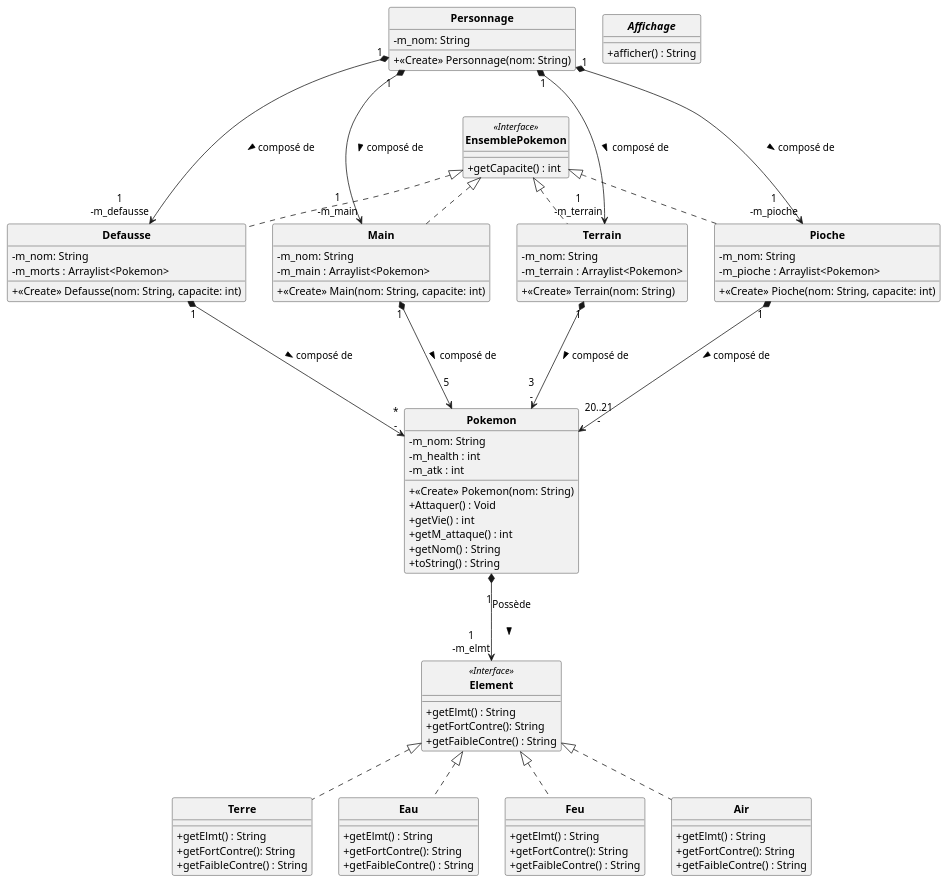
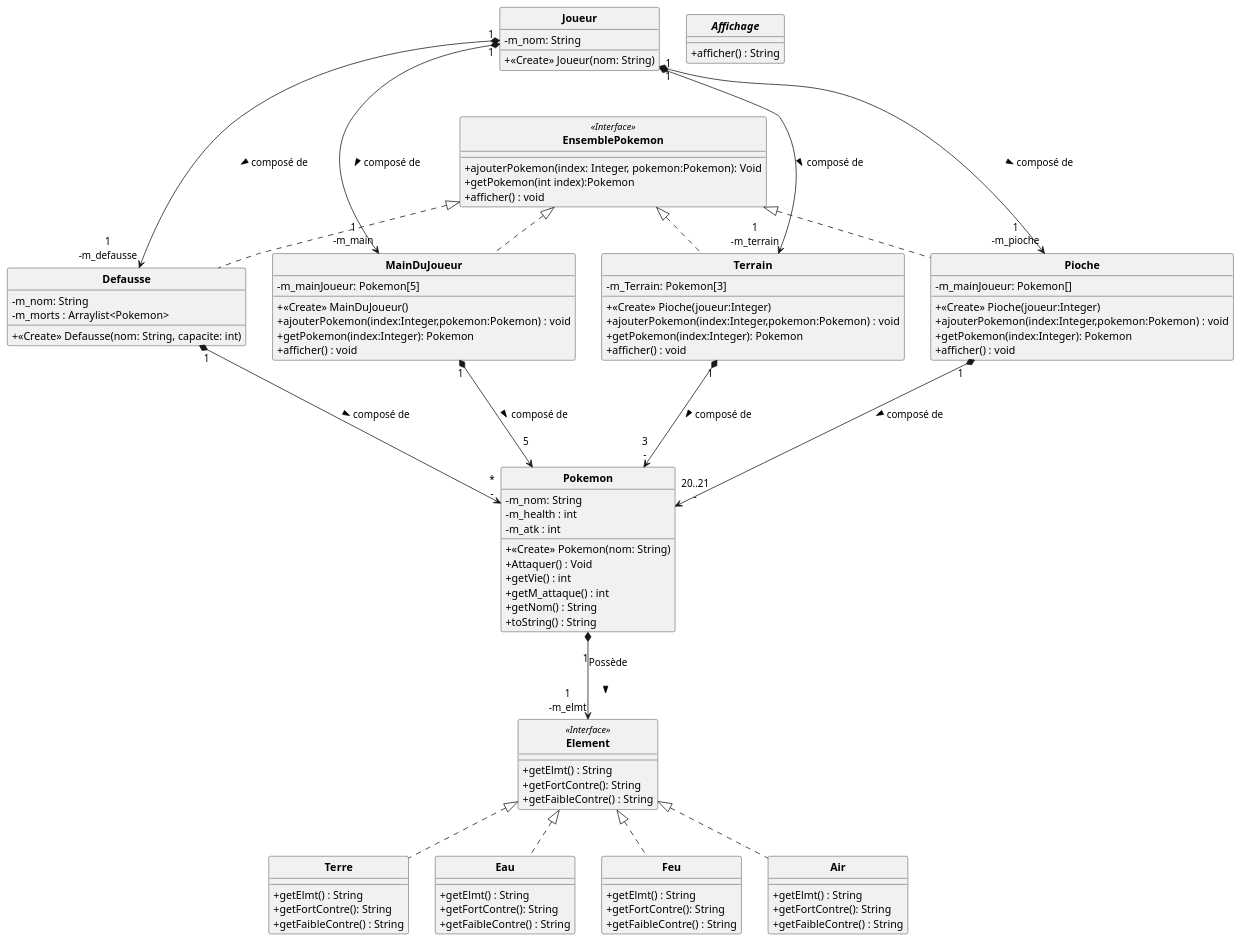
The diagram in uml/semaine1.puml (DLR-coding/POOkemon), drawn with PlantUML before and after one commit. The commit also changed 6 other files, not shown here.

Commit message:
Semaine 2 : Pioche codé , début de code de Joueur

```diff
--- a/uml/semaine1.puml
+++ b/uml/semaine1.puml
@@ -1,114 +1,122 @@
 @startuml
 'https://plantuml.com/class-diagram
 skinparam classAttributeIconSize 0
 skinparam classFontStyle Bold
 skinparam style strictuml
 
-class Personnage
+class Joueur
 {
     - m_nom: String
-    + <<Create>> Personnage(nom: String)
+    + <<Create>> Joueur(nom: String)
 }
 
 class EnsemblePokemon <<Interface>>
 {
-    + getCapacite() : int
+    + ajouterPokemon(index: Integer, pokemon:Pokemon): Void
+    + getPokemon(int index):Pokemon
+    + afficher() : void
 }
 
 class Defausse implements EnsemblePokemon
 {
     - m_nom: String
     - m_morts : Arraylist<Pokemon>
     + <<Create>> Defausse(nom: String, capacite: int)
 }
 
-class Main implements EnsemblePokemon
+class MainDuJoueur implements EnsemblePokemon
 {
-    - m_nom: String
-    - m_main : Arraylist<Pokemon>
-    + <<Create>> Main(nom: String, capacite: int)
+    - m_mainJoueur: Pokemon[5]
+    + <<Create>> MainDuJoueur()
+    + ajouterPokemon(index:Integer,pokemon:Pokemon) : void
+    + getPokemon(index:Integer): Pokemon
+    + afficher() : void
 }
 
 class Terrain implements EnsemblePokemon
 {
-    - m_nom: String
-    - m_terrain : Arraylist<Pokemon>
-    + <<Create>> Terrain(nom: String)
+    - m_Terrain: Pokemon[3]
+    + <<Create>> Pioche(joueur:Integer)
+    + ajouterPokemon(index:Integer,pokemon:Pokemon) : void
+    + getPokemon(index:Integer): Pokemon
+    + afficher() : void
 }
 
 class Pioche implements EnsemblePokemon
 {
-    - m_nom: String
-    - m_pioche : Arraylist<Pokemon>
-    + <<Create>> Pioche(nom: String, capacite: int)
+    - m_mainJoueur: Pokemon[]
+    + <<Create>> Pioche(joueur:Integer)
+    + ajouterPokemon(index:Integer,pokemon:Pokemon) : void
+    + getPokemon(index:Integer): Pokemon
+    + afficher() : void
 }
 
 
 class Pokemon
 {
     - m_nom: String
     - m_health : int
     - m_atk : int
     + <<Create>> Pokemon(nom: String)
     + Attaquer() : Void
     + getVie() : int
     + getM_attaque() : int
     + getNom() : String
     + toString() : String 
 }
 
 class Element <<Interface>>
 {
     + getElmt() : String
     + getFortContre(): String
     + getFaibleContre() : String
 }
 
 
 class Terre implements Element
 {
     + getElmt() : String
     + getFortContre(): String
     + getFaibleContre() : String
 }
 
 class Eau implements Element
 {
     + getElmt() : String
     + getFortContre(): String
     + getFaibleContre() : String
 }
 
 class Feu implements Element
 {
     + getElmt() : String
     + getFortContre(): String
     + getFaibleContre() : String
 }
 
 class Air implements Element
 {
     + getElmt() : String
     + getFortContre(): String
     + getFaibleContre() : String
 }
 
 abstract Affichage
 {
     + afficher() : String
 }
 
 Pioche "1" *---> "20..21\n-" Pokemon : composé de \t\t >
-Main "1" *---> "5\n" Pokemon : composé de \t\t >
+MainDuJoueur "1" *---> "5\n" Pokemon : composé de \t\t >
 Terrain "1" *---> "3\n-" Pokemon : composé de \t\t >
 Defausse "1" *---> "*\n-" Pokemon : composé de \t\t >
 
 Pokemon "\n 1" *--> "1\n-m_elmt" Element : Possède\n\n >
-Personnage "1" *---> "1\n-m_terrain" Terrain : composé de \t\t >
-Personnage "1" *---> "1\n-m_pioche" Pioche : composé de \t\t >
-Personnage "1" *---> "1\n-m_main" Main : composé de \t\t >
-Personnage "1" *---> "1\n-m_defausse" Defausse : composé de \t\t >
+Joueur "1" *---> "1\n-m_terrain" Terrain : composé de \t\t >
+Joueur "1" *---> "1\n-m_pioche" Pioche : composé de \t\t >
+Joueur "1" *---> "1\n-m_main" MainDuJoueur : composé de \t\t >
+Joueur "1" *---> "1\n-m_defausse" Defausse : composé de \t\t >
 
 
 
 @enduml
```
